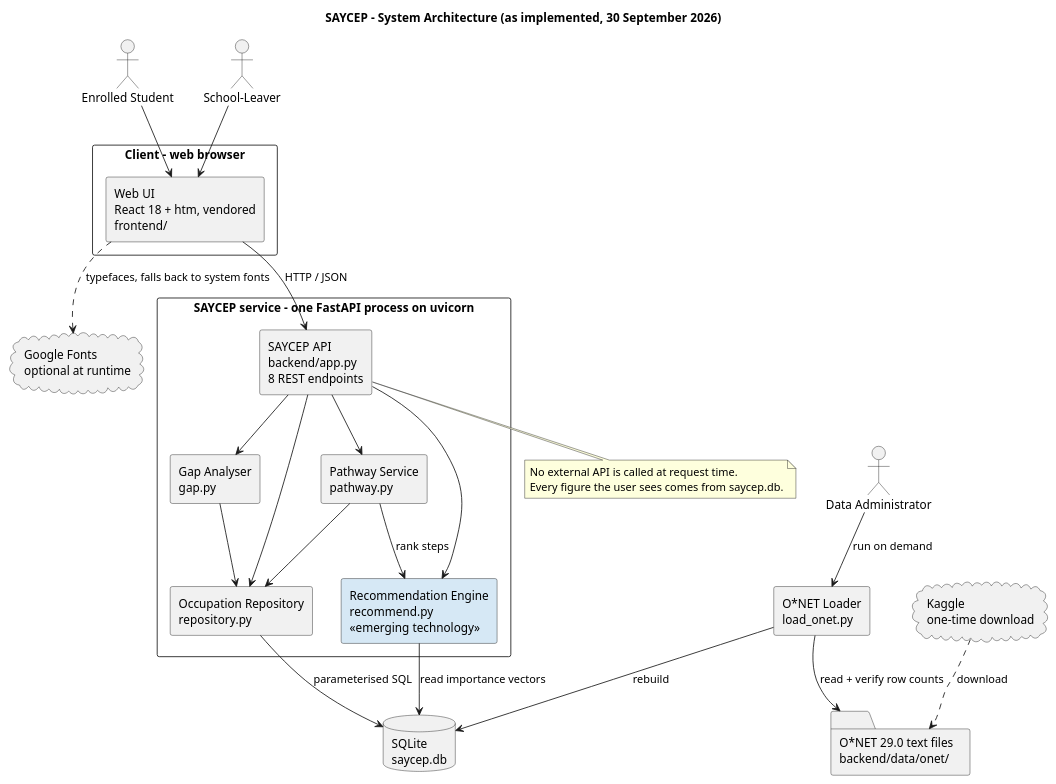
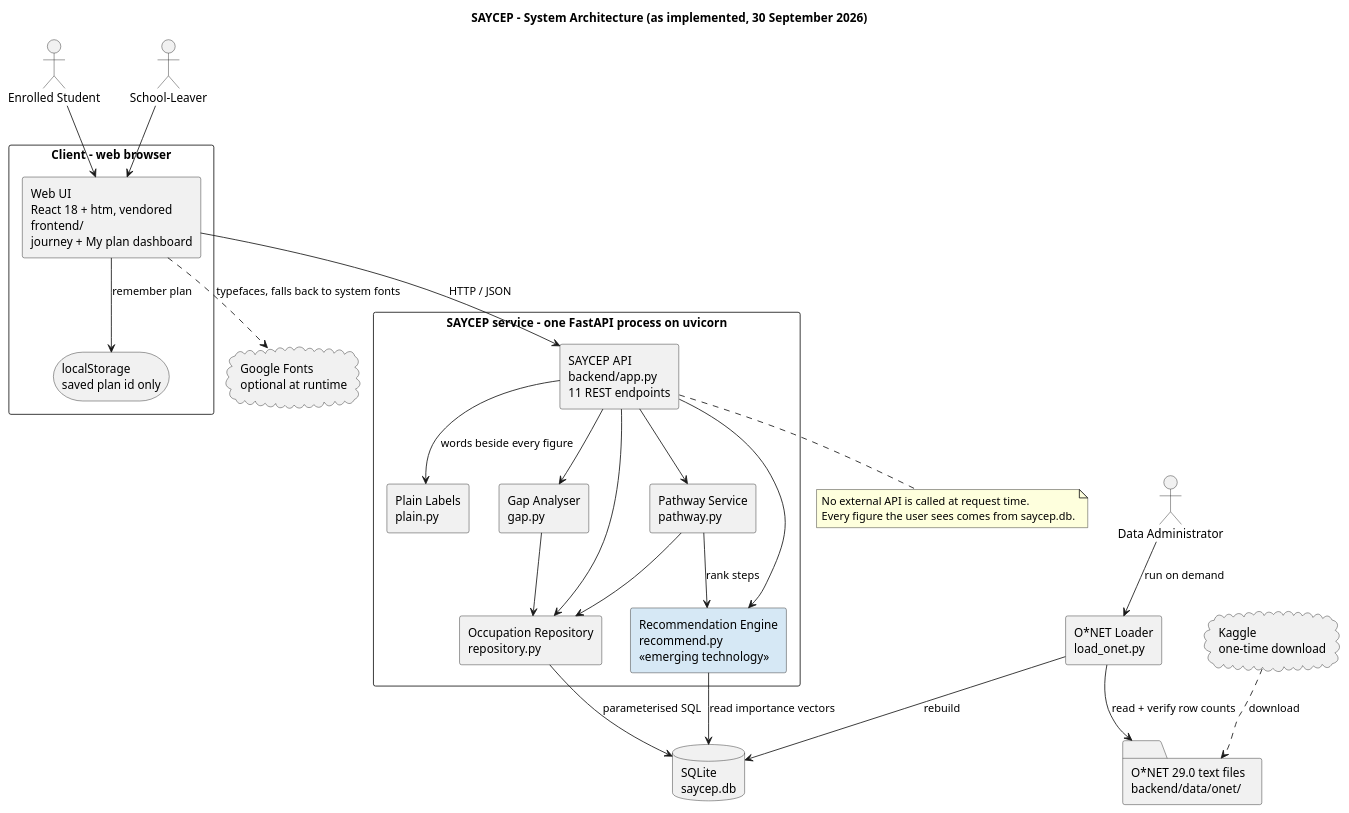
Before and after one commit to ShogunLSG/SAYCEP: the diagram in docs/uml/a3/01-architecture.puml, drawn with PlantUML. The commit also changed 26 other files, not shown here.

First line of the commit message:
Redraw the Assignment 3 diagrams for the built system

```diff
--- a/docs/uml/a3/01-architecture.puml
+++ b/docs/uml/a3/01-architecture.puml
@@ -1,51 +1,57 @@
 @startuml SAYCEP_A3_Architecture
 ' Assignment 3 Q3.1 - high-level system architecture, as implemented.
+' Version 1.1 (30 September): 11 endpoints; Plain Labels module; the
+' saved plan is a profile id in the browser's localStorage (ADR-0006).
 title SAYCEP - System Architecture (as implemented, 30 September 2026)
 skinparam componentStyle rectangle
 skinparam shadowing false
 
 actor "Enrolled Student" as Student
 actor "School-Leaver" as Leaver
 actor "Data Administrator" as Admin
 
 rectangle "Client - web browser" {
-  component "Web UI\nReact 18 + htm, vendored\nfrontend/" as UI
+  component "Web UI\nReact 18 + htm, vendored\nfrontend/\njourney + My plan dashboard" as UI
+  storage "localStorage\nsaved plan id only" as LS
 }
 
 rectangle "SAYCEP service - one FastAPI process on uvicorn" {
-  component "SAYCEP API\nbackend/app.py\n8 REST endpoints" as API
+  component "SAYCEP API\nbackend/app.py\n11 REST endpoints" as API
+  component "Plain Labels\nplain.py" as PL
   component "Gap Analyser\ngap.py" as GA
   component "Pathway Service\npathway.py" as PS
   component "Recommendation Engine\nrecommend.py\n<<emerging technology>>" as RE #D6E8F5
   component "Occupation Repository\nrepository.py" as Repo
 }
 
 database "SQLite\nsaycep.db" as DB
 component "O*NET Loader\nload_onet.py" as Loader
 folder "O*NET 29.0 text files\nbackend/data/onet/" as Files
 cloud "Kaggle\none-time download" as Kaggle
 cloud "Google Fonts\noptional at runtime" as Fonts
 
 Student --> UI
 Leaver --> UI
 UI --> API : HTTP / JSON
 API --> GA
 API --> PS
 API --> RE
 PS --> RE : rank steps
 API --> Repo
+API --> PL : words beside every figure
+UI --> LS : remember plan
 GA --> Repo
 PS --> Repo
 RE --> DB : read importance vectors
 Repo --> DB : parameterised SQL
 Admin --> Loader : run on demand
 Loader --> Files : read + verify row counts
 Loader --> DB : rebuild
 Kaggle ..> Files : download
 UI ..> Fonts : typefaces, falls back to system fonts
 
 note bottom of API
   No external API is called at request time.
   Every figure the user sees comes from saycep.db.
 end note
 @enduml
```
